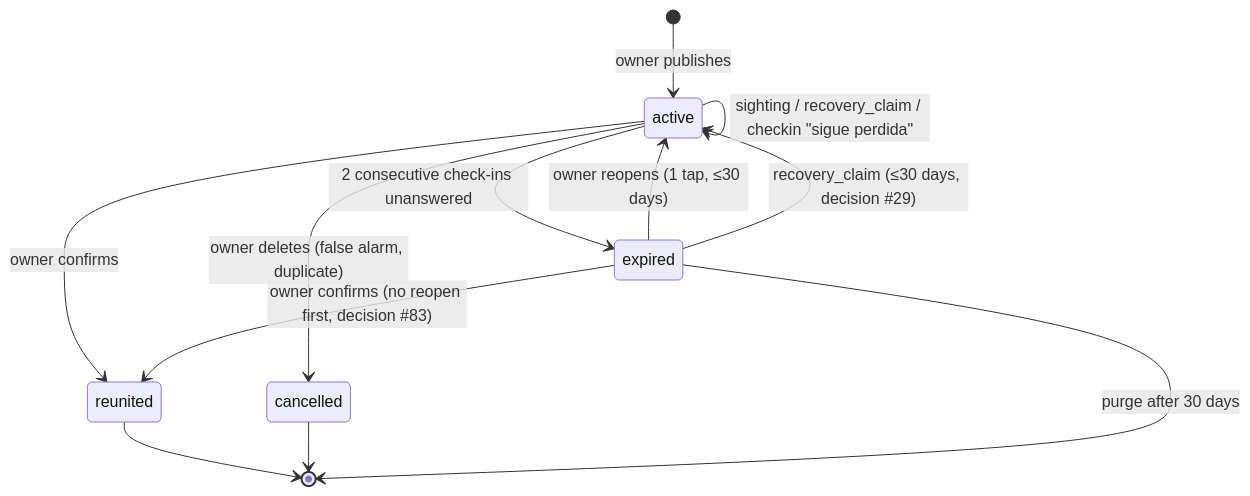
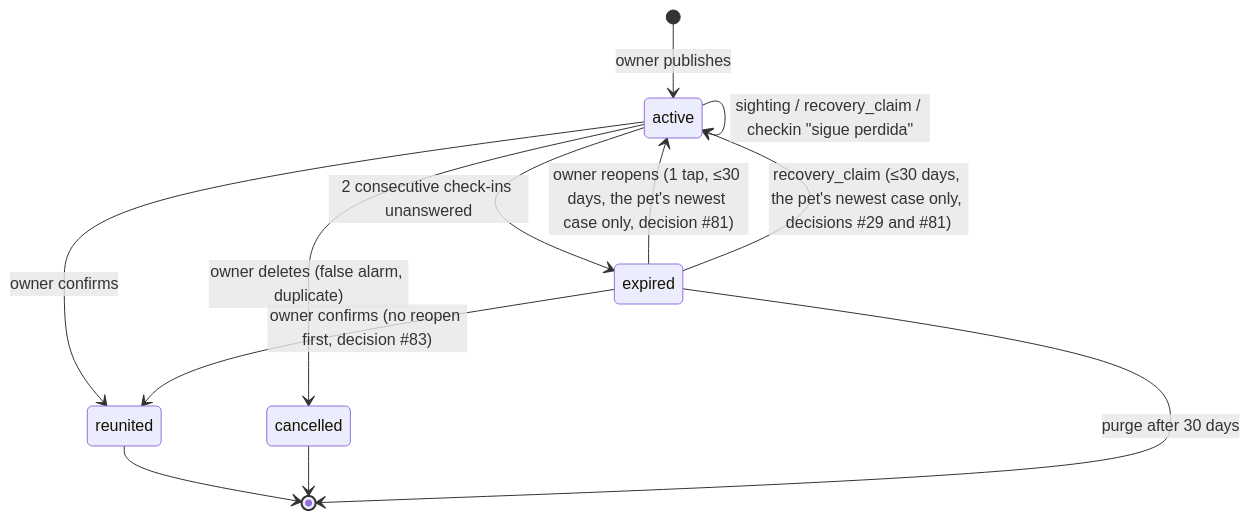
The diagram in docs/product/04-lost-workflow.md (scubyDevTeam/scuby), drawn with Mermaid before and after one commit. The commit also changed other lines of this file and 6 other files, not shown here.

````diff
--- a/docs/product/04-lost-workflow.md
+++ b/docs/product/04-lost-workflow.md
@@ -370,14 +374,14 @@
 ```mermaid
 stateDiagram-v2
     [*] --> active: owner publishes
     active --> active: sighting / recovery_claim / checkin "sigue perdida"
     active --> reunited: owner confirms
     expired --> reunited: owner confirms (no reopen first, decision #83)
     active --> expired: 2 consecutive check-ins unanswered
     active --> cancelled: owner deletes (false alarm, duplicate)
-    expired --> active: owner reopens (1 tap, ≤30 days)
-    expired --> active: recovery_claim (≤30 days, decision #29)
+    expired --> active: owner reopens (1 tap, ≤30 days, the pet's newest case only, decision #81)
+    expired --> active: recovery_claim (≤30 days, the pet's newest case only, decisions #29 and #81)
     reunited --> [*]
     cancelled --> [*]
     expired --> [*]: purge after 30 days
 ```
````
